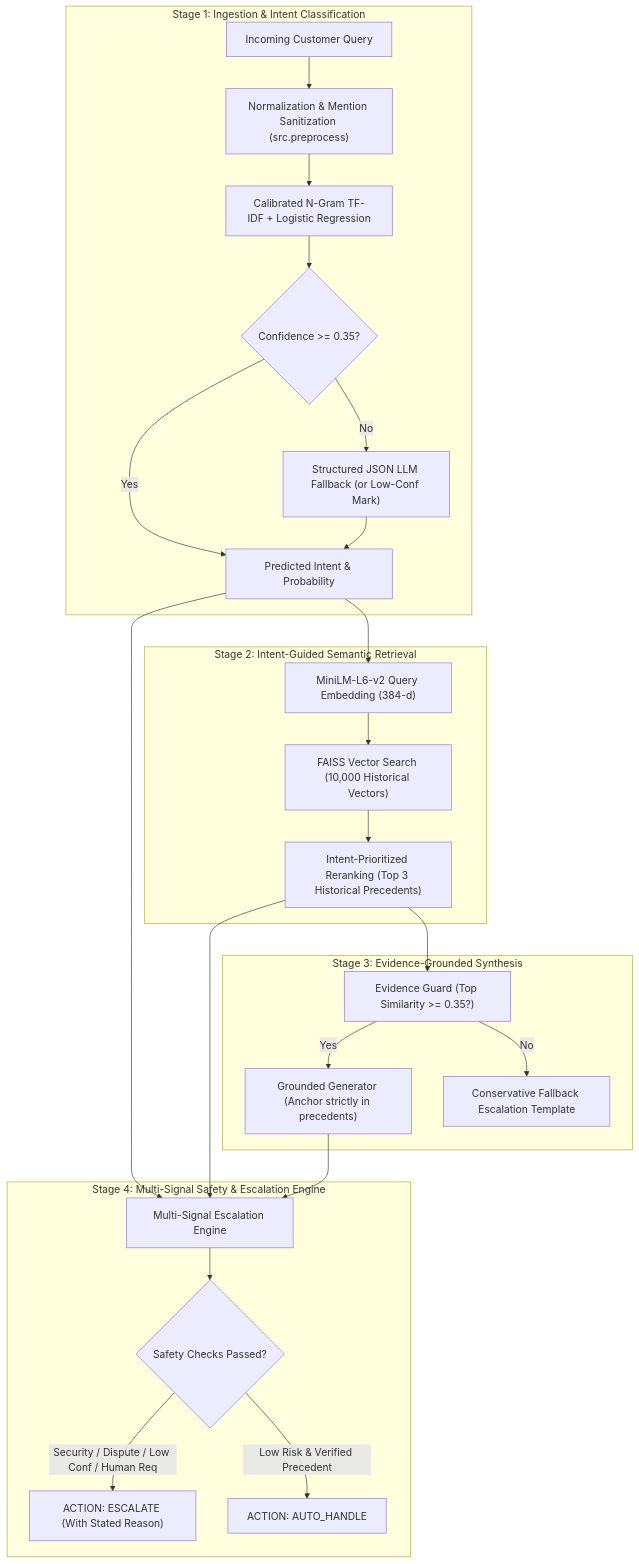
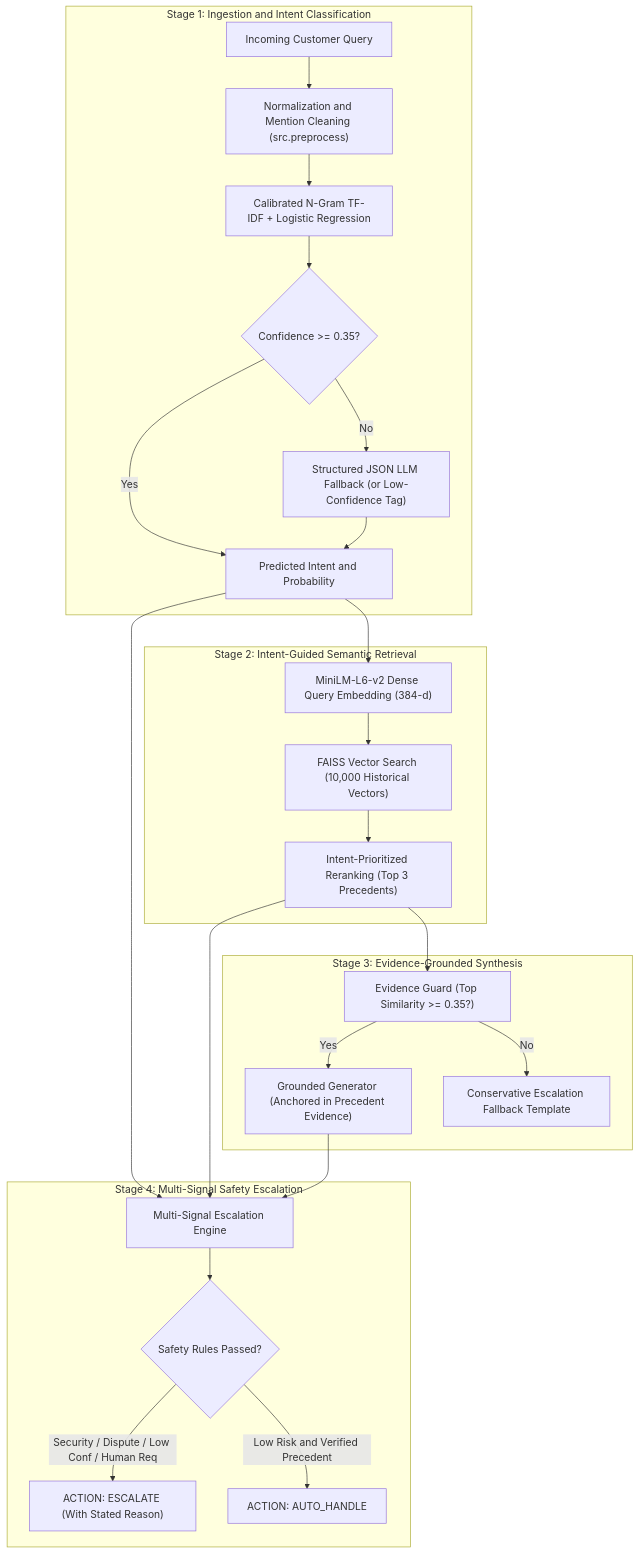
The first of 2 diagrams in README.md (vinnu112p/Hiver), drawn with Mermaid before and after one commit. The commit also changed other lines of this file and 2 other files, not shown here.

````diff
--- a/README.md
+++ b/README.md
@@ -45,32 +39,32 @@
 ```mermaid
 flowchart TD
-    subgraph STAGE1 ["Stage 1: Ingestion & Intent Classification"]
-        A["Incoming Customer Query"] --> B["Normalization & Mention Sanitization (src.preprocess)"]
+    subgraph STAGE1 ["Stage 1: Ingestion and Intent Classification"]
+        A["Incoming Customer Query"] --> B["Normalization and Mention Cleaning (src.preprocess)"]
         B --> C["Calibrated N-Gram TF-IDF + Logistic Regression"]
         C --> D{"Confidence >= 0.35?"}
-        D -->|Yes| E["Predicted Intent & Probability"]
-        D -->|No| F["Structured JSON LLM Fallback (or Low-Conf Mark)"]
+        D -->|Yes| E["Predicted Intent and Probability"]
+        D -->|No| F["Structured JSON LLM Fallback (or Low-Confidence Tag)"]
         F --> E
     end
 
     subgraph STAGE2 ["Stage 2: Intent-Guided Semantic Retrieval"]
-        E --> G["MiniLM-L6-v2 Query Embedding (384-d)"]
+        E --> G["MiniLM-L6-v2 Dense Query Embedding (384-d)"]
         G --> H["FAISS Vector Search (10,000 Historical Vectors)"]
-        H --> I["Intent-Prioritized Reranking (Top 3 Historical Precedents)"]
+        H --> I["Intent-Prioritized Reranking (Top 3 Precedents)"]
     end
 
     subgraph STAGE3 ["Stage 3: Evidence-Grounded Synthesis"]
         I --> J["Evidence Guard (Top Similarity >= 0.35?)"]
-        J -->|Yes| K["Grounded Generator (Anchor strictly in precedents)"]
-        J -->|No| L["Conservative Fallback Escalation Template"]
+        J -->|Yes| K["Grounded Generator (Anchored in Precedent Evidence)"]
+        J -->|No| L["Conservative Escalation Fallback Template"]
     end
 
-    subgraph STAGE4 ["Stage 4: Multi-Signal Safety & Escalation Engine"]
+    subgraph STAGE4 ["Stage 4: Multi-Signal Safety Escalation"]
         E --> M["Multi-Signal Escalation Engine"]
         I --> M
         K --> M
-        M --> N{"Safety Checks Passed?"}
+        M --> N{"Safety Rules Passed?"}
         N -->|Security / Dispute / Low Conf / Human Req| O["ACTION: ESCALATE (With Stated Reason)"]
-        N -->|Low Risk & Verified Precedent| P["ACTION: AUTO_HANDLE"]
+        N -->|Low Risk and Verified Precedent| P["ACTION: AUTO_HANDLE"]
     end
 ```
````
